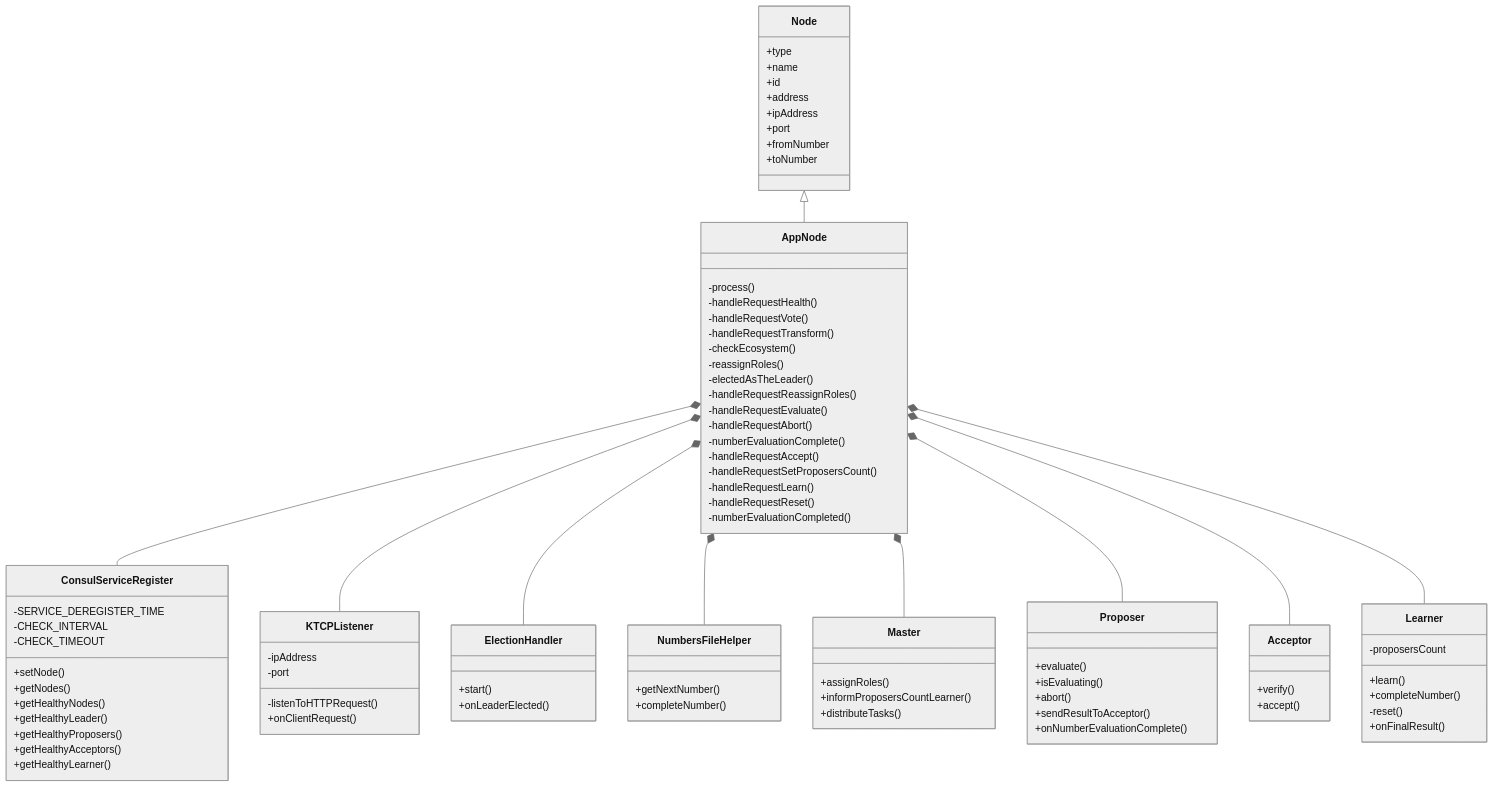
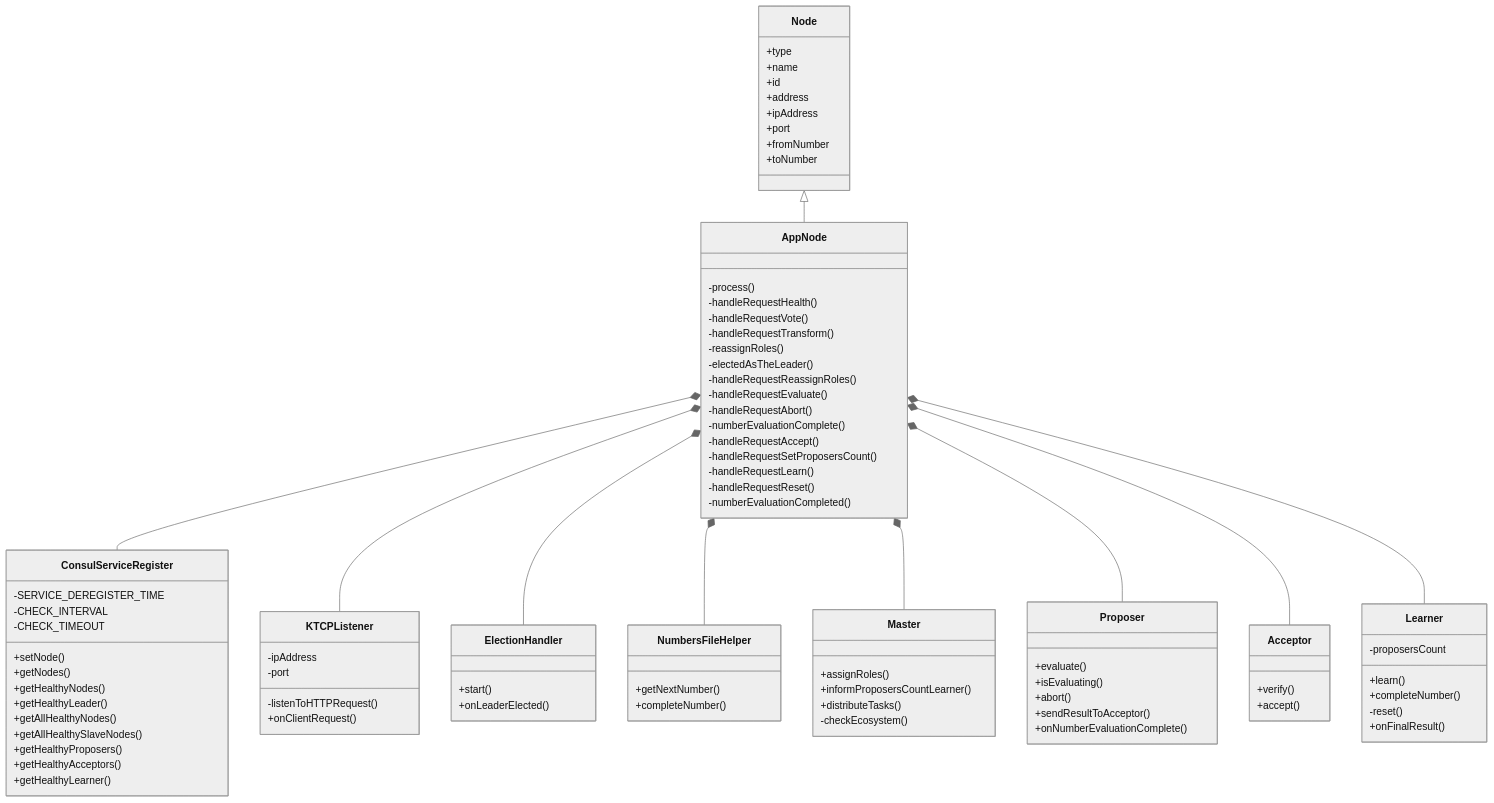
One commit to Kantha-Liyanage/DC-Assignment-Prime-Numbers changed the diagram in docs/diagrams/class-diagram.mmd. Above: the diagram before and after it, drawn with Mermaid (neutral theme). The commit also changed 6 other files, not shown here.

```diff
--- a/docs/diagrams/class-diagram.mmd
+++ b/docs/diagrams/class-diagram.mmd
@@ -1,97 +1,99 @@
 classDiagram
     Node <|-- AppNode
     AppNode *-- ConsulServiceRegister
     AppNode *-- KTCPListener
     AppNode *-- ElectionHandler
     AppNode *-- NumbersFileHelper
     AppNode *-- Master
     AppNode *-- Proposer
     AppNode *-- Acceptor
     AppNode *-- Learner
 
     class Node{
         +type
         +name
         +id
         +address
         +ipAddress
         +port
         +fromNumber
         +toNumber
     }
 
     class AppNode{
         -process()
         -handleRequestHealth()
         -handleRequestVote()
         -handleRequestTransform()
-        -checkEcosystem()
         -reassignRoles()
         -electedAsTheLeader()
         -handleRequestReassignRoles()
         -handleRequestEvaluate()
         -handleRequestAbort()
         -numberEvaluationComplete()
         -handleRequestAccept()
         -handleRequestSetProposersCount()
         -handleRequestLearn()
         -handleRequestReset()
         -numberEvaluationCompleted()
     }
 
     class ConsulServiceRegister{
         -SERVICE_DEREGISTER_TIME
         -CHECK_INTERVAL
         -CHECK_TIMEOUT
         +setNode()
         +getNodes()
         +getHealthyNodes()
         +getHealthyLeader()
+        +getAllHealthyNodes()
+        +getAllHealthySlaveNodes()
         +getHealthyProposers()
         +getHealthyAcceptors()
         +getHealthyLearner()
     }
 
     class KTCPListener{
         -ipAddress
         -port
         -listenToHTTPRequest()
         +onClientRequest()
     }
 
     class ElectionHandler{
         +start()
         +onLeaderElected()
     }
 
     class NumbersFileHelper{
         +getNextNumber()
         +completeNumber()
     }
 
     class Master{
         +assignRoles()
         +informProposersCountLearner()
         +distributeTasks()
+        -checkEcosystem()
     }
 
     class Proposer{
         +evaluate()
         +isEvaluating()
         +abort()
         +sendResultToAcceptor()
         +onNumberEvaluationComplete()
     }
 
     class Acceptor{
         +verify()
         +accept()
     }
 
     class Learner{
         -proposersCount
         +learn()
         +completeNumber()
         -reset()
         +onFinalResult()
     }
```
